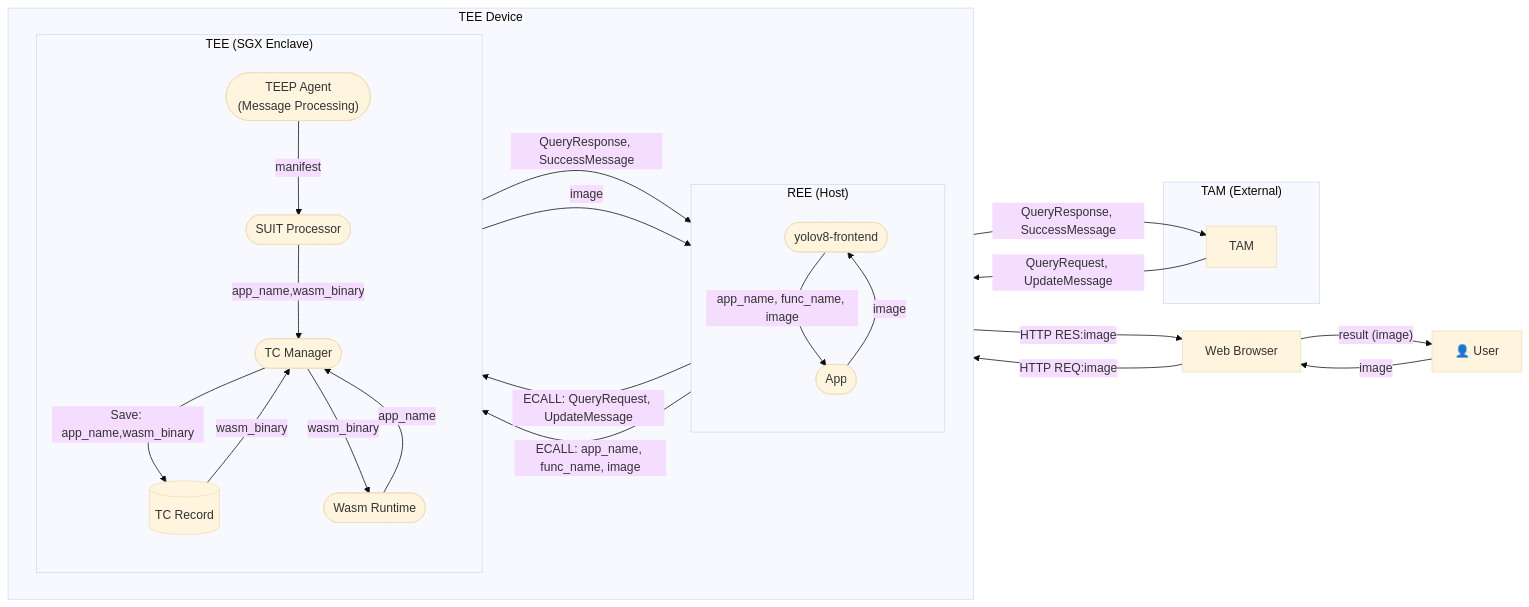
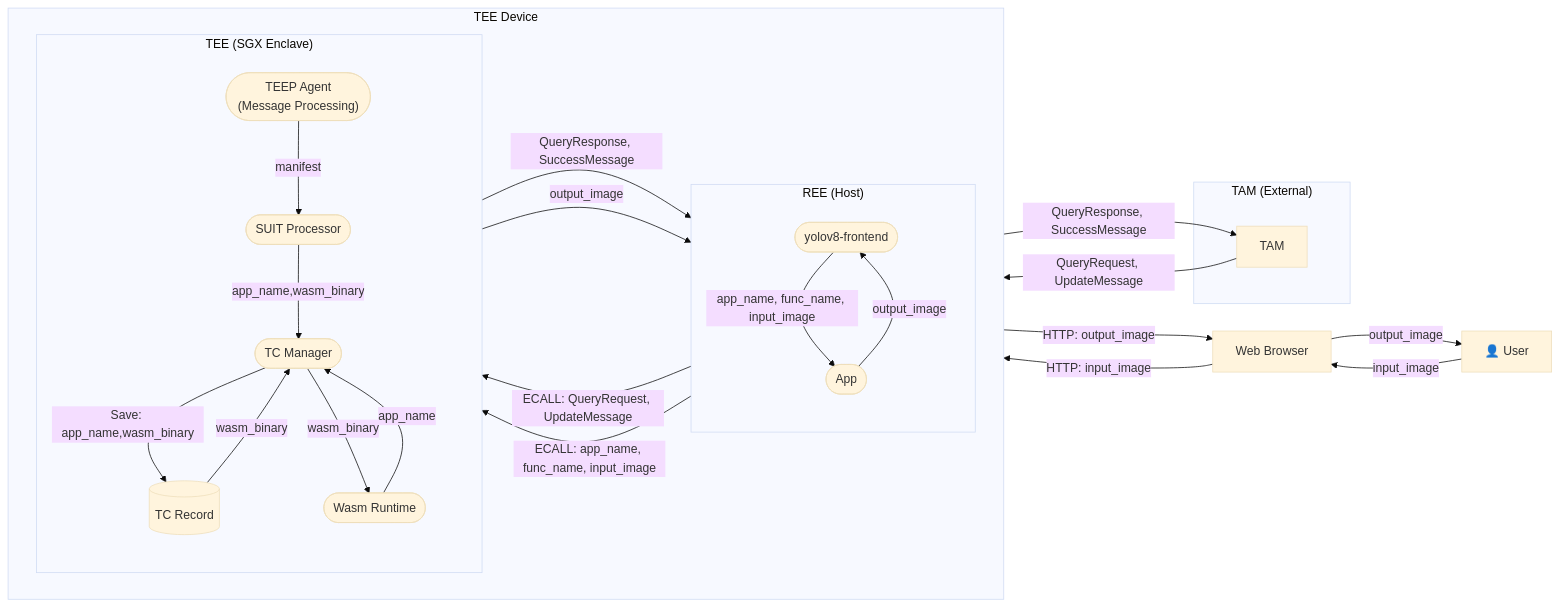
One commit to yuma-nishi/taws changed the diagram in doc/InternalDesignDocument.md. Above: the diagram before and after it, drawn with Mermaid (base theme). The commit also changed 2 other files, not shown here.

````diff
--- a/doc/InternalDesignDocument.md
+++ b/doc/InternalDesignDocument.md
@@ -25,60 +25,60 @@
 ```mermaid
 flowchart LR
 
 %% =============== External ===============
 User["👤 User"]
 Browser["Web Browser"]
 
 subgraph TAM["TAM (External)"]
   TAMNode["TAM"]
 end
 
 %% =============== TEE Device ===============
 subgraph Device["TEE Device"]
 direction LR
 
   %% ---- REE ----
   subgraph REE["REE (Host)"]
   direction TB
     Cmd(["yolov8-frontend"])
     App(["App"])
   end
 
   %% ---- TEE ----
   subgraph TEE["TEE (SGX Enclave)"]
   direction TB
     Agent(["TEEP Agent<br/>(Message Processing)"])
     Suit(["SUIT Processor"])
     Tc(["TC Manager"])
     Tc-record[(TC Record)]
     Wamr(["Wasm Runtime"])
   end
 end
 
 %% =============== User interactions ===============
-User -->|"image"| Browser
-Browser -->|"HTTP REQ:image"| Cmd
+User -->|"input_image"| Browser
+Browser -->|"HTTP: input_image"| Cmd
 
 
 %% =============== TEEP message flow ===============
 TAMNode --> |"QueryRequest, UpdateMessage"|App
 App -->|"QueryResponse, SuccessMessage"| TAMNode
 App -->|"ECALL: QueryRequest, UpdateMessage"| Agent
 Agent -->|"QueryResponse, SuccessMessage"| App
 
 %% =============== SUIT processing flow ===============
 Agent -->|"manifest"| Suit
 Suit -->|"app_name,wasm_binary"| Tc
 Tc -->|"Save: app_name,wasm_binary"| Tc-record
 
 %% =============== Wasm execution (conceptual) ===============
-Cmd -->|"app_name, func_name, image"| App
-App -->|"ECALL: app_name, func_name, image"| Wamr
+Cmd -->|"app_name, func_name, input_image"| App
+App -->|"ECALL: app_name, func_name, input_image"| Wamr
 Tc-record -->|"wasm_binary"| Tc
 Wamr -->|"app_name"| Tc
 Tc -->|"wasm_binary"| Wamr
-Wamr -->|"image"| App
-App -->|"image"| Cmd
-Cmd -->|"HTTP RES:image"| Browser
-Browser -->|"result (image)"| User
+Wamr -->|"output_image"| App
+App -->|"output_image"| Cmd
+Cmd -->|"HTTP: output_image"| Browser
+Browser -->|"output_image"| User
 ```
````
